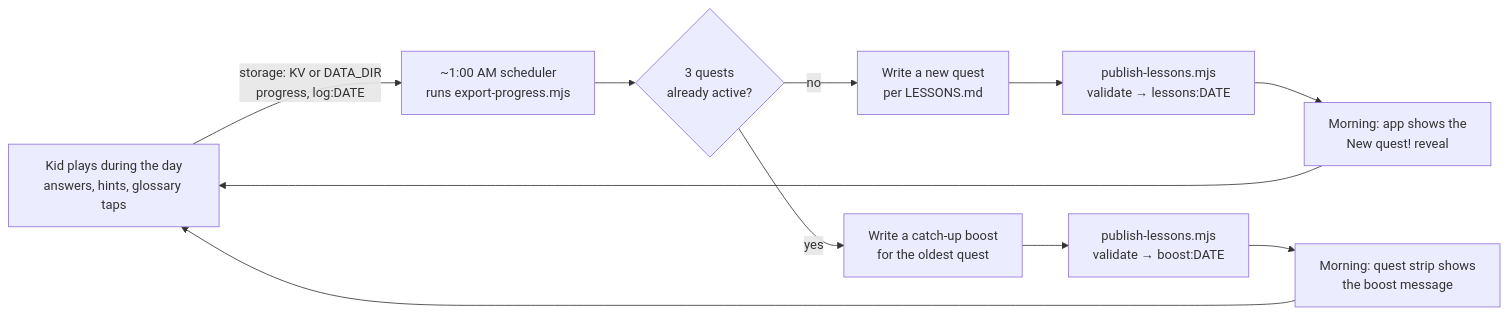
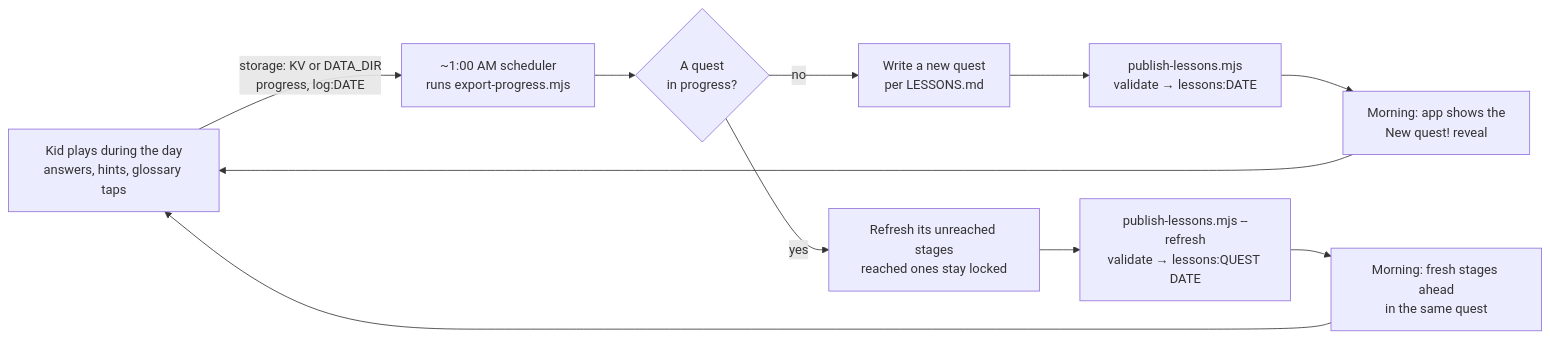
The diagram in docs/NIGHTLY.md (aneeshcs/Jane), drawn with Mermaid before and after one commit. The commit also changed other lines of this file and 8 other files, not shown here.

Commit message:
Slice 4: the nightly refreshes the unreached stages (closes #28)

````diff
--- a/docs/NIGHTLY.md
+++ b/docs/NIGHTLY.md
@@ -9,13 +9,13 @@
 ```mermaid
 flowchart LR
   A[Kid plays during the day<br/>answers, hints, glossary taps] -->|storage: KV or DATA_DIR<br/>progress, log:DATE| B[~1:00 AM scheduler<br/>runs export-progress.mjs]
-  B --> C{3 quests<br/>already active?}
+  B --> C{A quest<br/>in progress?}
   C -- no --> D[Write a new quest<br/>per LESSONS.md]
-  C -- yes --> E[Write a catch-up boost<br/>for the oldest quest]
+  C -- yes --> E[Refresh its unreached stages<br/>reached ones stay locked]
   D --> F[publish-lessons.mjs<br/>validate → lessons:DATE]
-  E --> G[publish-lessons.mjs<br/>validate → boost:DATE]
+  E --> G[publish-lessons.mjs --refresh<br/>validate → lessons:QUEST DATE]
   F --> H[Morning: app shows the<br/>New quest! reveal]
-  G --> I[Morning: quest strip shows<br/>the boost message]
+  G --> I[Morning: fresh stages ahead<br/>in the same quest]
   H --> A
   I --> A
 ```
````
